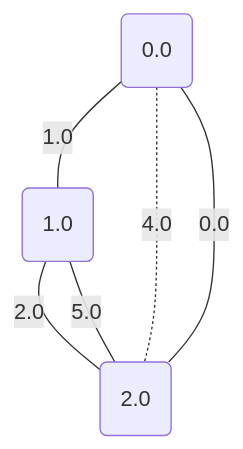
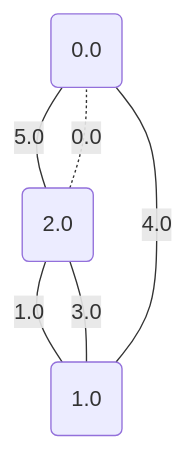
Diagram 16 of 17 in project/src/testing/minCutPetersen.md (metury/graphs), drawn with Mermaid before and after one commit. The commit also changed other lines of this file and 2 other files, not shown here.

````diff
--- a/project/src/testing/minCutPetersen.md
+++ b/project/src/testing/minCutPetersen.md
@@ -392,11 +388,11 @@
 ```mermaid
 graph TD;
 0("0.0");
 1("1.0");
 2("2.0");
-	2 -- "0.0" --- 0;
-	0 -- "1.0" --- 1;
-	1 -- "2.0" --- 2;
-	0 -. "4.0" -.- 2;
-	1 -- "5.0" --- 2;
+	2 -. "0.0" -.- 0;
+	2 -- "1.0" --- 1;
+	2 -- "3.0" --- 1;
+	0 -- "4.0" --- 1;
+	0 -- "5.0" --- 2;
 ```
````
